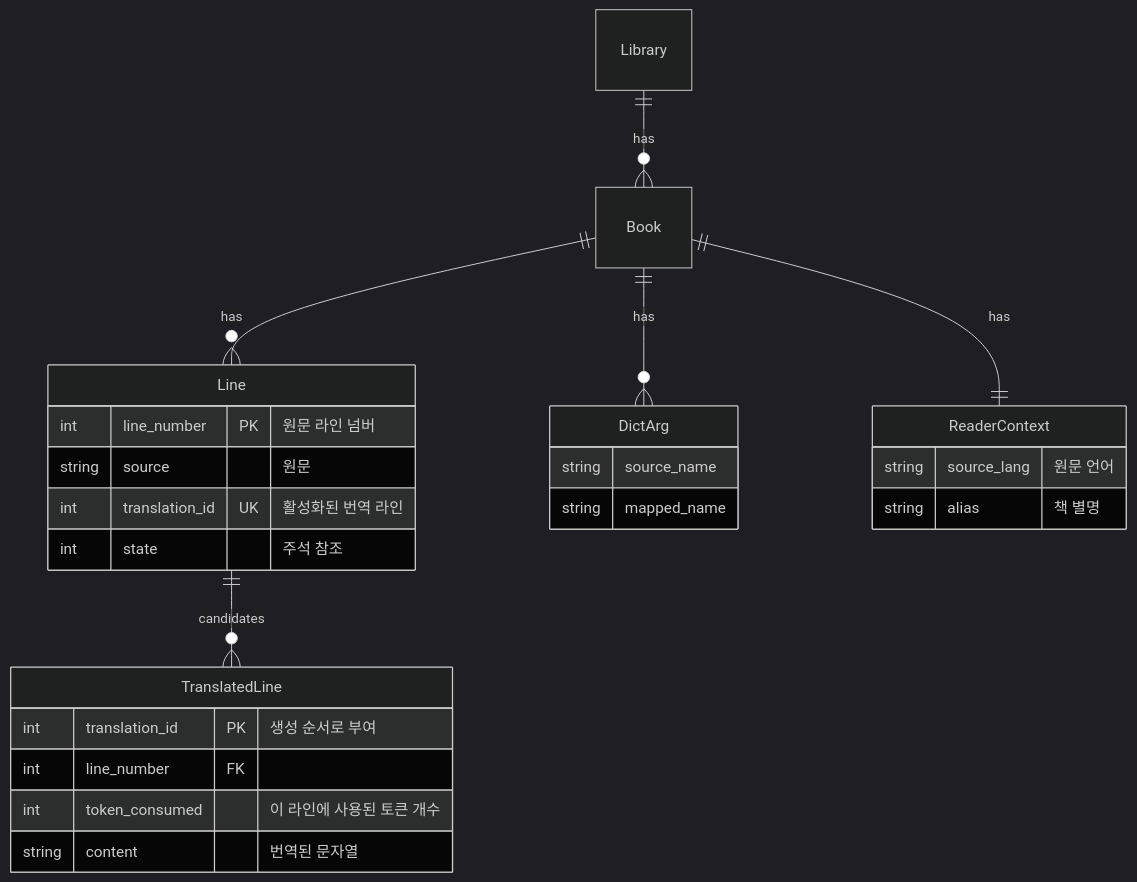
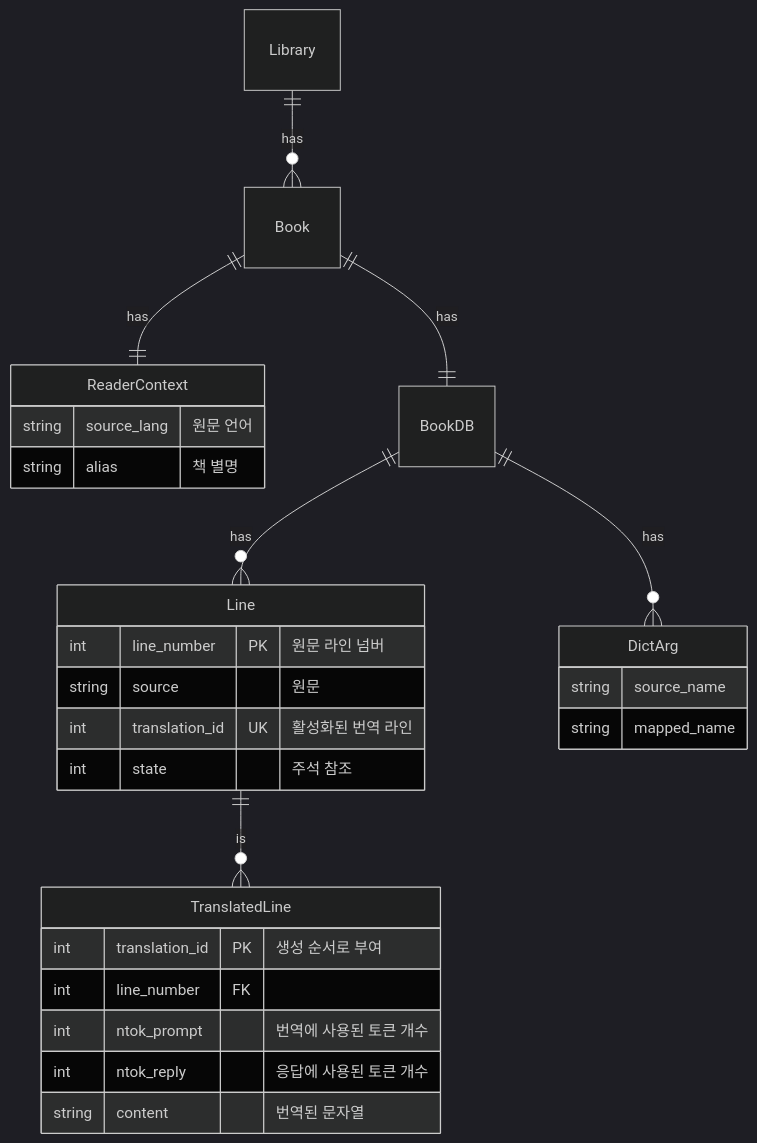
The diagram in docs/design.md (kang-sw/to-korean-ai), drawn with Mermaid (dark theme) before and after one commit. The commit also changed other lines of this file and 3 other files, not shown here.

````diff
--- a/docs/design.md
+++ b/docs/design.md
@@ -3,36 +3,34 @@
 ```mermaid
 erDiagram
     Line {
         int line_number PK "원문 라인 넘버"
         string source "원문"
         int translation_id UK "활성화된 번역 라인"
         int state "주석 참조"
     }
 
     DictArg {
         string source_name
         string mapped_name
     }
 
     TranslatedLine {
         int translation_id PK "생성 순서로 부여"
         int line_number FK
-        int token_consumed "이 라인에 사용된 토큰 개수"
+        int ntok_prompt "번역에 사용된 토큰 개수"
+        int ntok_reply "응답에 사용된 토큰 개수"
         string content "번역된 문자열"
     }
-
-    Book ||--o{ Line: "has"
-
-    Library ||--o{ Book: "has"
-
-    Book ||--|| ReaderContext: "has"
-
-    Book ||--o{ DictArg: "has"
 
     ReaderContext {
         string source_lang "원문 언어"
         string alias "책 별명"
     }
 
-    Line ||--o{ TranslatedLine: candidates
+    Library ||--o{ Book: "has"
+    Book ||--|| BookDB: "has"
+    Book ||--|| ReaderContext: "has"
+    BookDB ||--o{ Line: "has"
+    BookDB ||--o{ DictArg: "has"
+    Line ||--o{ TranslatedLine: is
 ```
````
